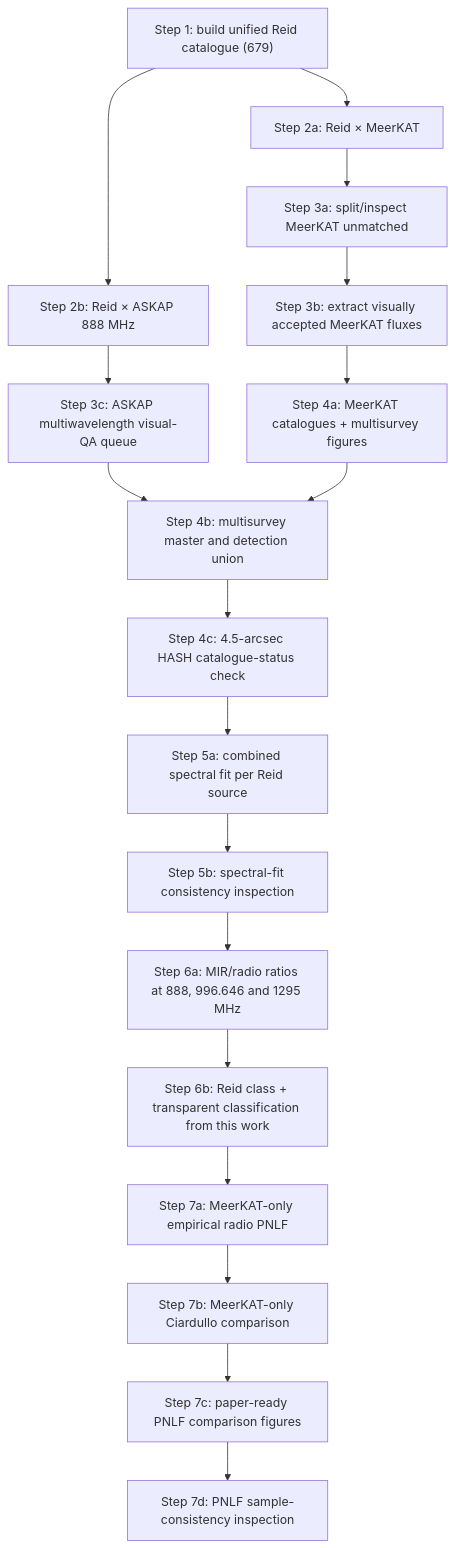
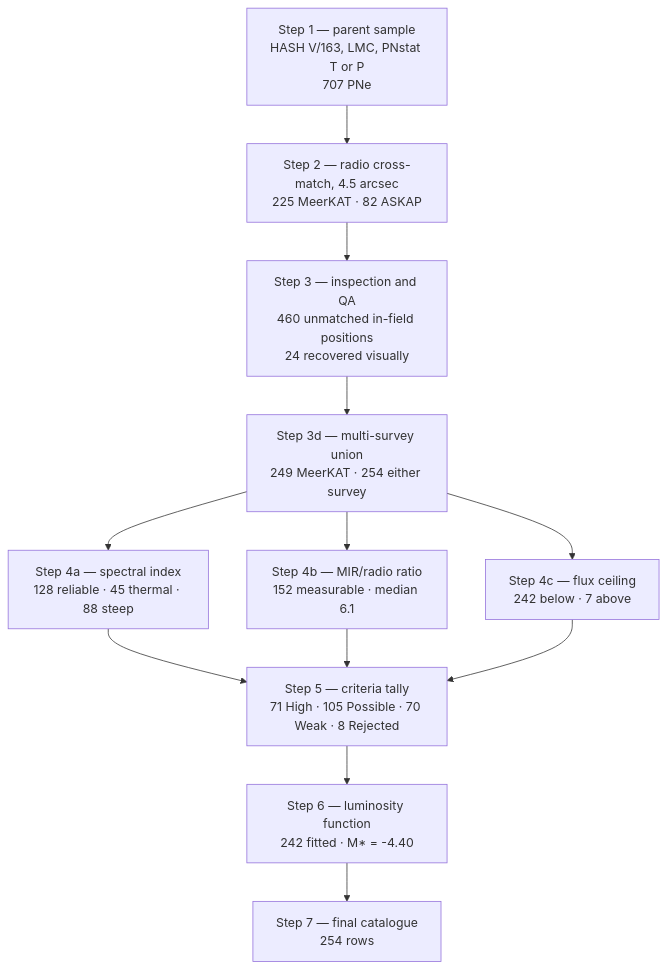
Before and after one commit to AstroKhattab/Radio_PNe_Pipeline_LMC: the diagram in docs/METHOD.md, drawn with Mermaid. The commit also changed other lines of this file and 38 other files, not shown here.

````diff
--- a/docs/METHOD.md
+++ b/docs/METHOD.md
@@ -7,27 +11,18 @@
 ```mermaid
 flowchart TD
-    S1["Step 1: build unified Reid catalogue (679)"]
-    S2A["Step 2a: Reid × MeerKAT"]
-    S2B["Step 2b: Reid × ASKAP 888 MHz"]
-    S3A["Step 3a: split/inspect MeerKAT unmatched"]
-    S3B["Step 3b: extract visually accepted MeerKAT fluxes"]
-    S3C["Step 3c: ASKAP multiwavelength visual-QA queue"]
-    S4A["Step 4a: MeerKAT catalogues + multisurvey figures"]
-    S4B["Step 4b: multisurvey master and detection union"]
-    S4C["Step 4c: 4.5-arcsec HASH catalogue-status check"]
-    S5A["Step 5a: combined spectral fit per Reid source"]
-    S5B["Step 5b: spectral-fit consistency inspection"]
-    S6A["Step 6a: MIR/radio ratios at 888, 996.646 and 1295 MHz"]
-    S6B["Step 6b: Reid class + transparent classification from this work"]
-    S7A["Step 7a: MeerKAT-only empirical radio PNLF"]
-    S7B["Step 7b: MeerKAT-only Ciardullo comparison"]
-    S7C["Step 7c: paper-ready PNLF comparison figures"]
-    S7D["Step 7d: PNLF sample-consistency inspection"]
-
-    S1 --> S2A
-    S1 --> S2B
-    S2A --> S3A --> S3B --> S4A
-    S2B --> S3C --> S4B
-    S4A --> S4B
-    S4B --> S4C --> S5A --> S5B --> S6A --> S6B --> S7A --> S7B --> S7C --> S7D
+    S1["Step 1 — parent sample<br/>HASH V/163, LMC, PNstat T or P<br/>707 PNe"]
+    S2["Step 2 — radio cross-match, 4.5 arcsec<br/>225 MeerKAT · 82 ASKAP"]
+    S3["Step 3 — inspection and QA<br/>460 unmatched in-field positions<br/>24 recovered visually"]
+    S3D["Step 3d — multi-survey union<br/>249 MeerKAT · 254 either survey"]
+    S4A["Step 4a — spectral index<br/>128 reliable · 45 thermal · 88 steep"]
+    S4B["Step 4b — MIR/radio ratio<br/>152 measurable · median 6.1"]
+    S4C["Step 4c — flux ceiling<br/>242 below · 7 above"]
+    S5["Step 5 — criteria tally<br/>71 High · 105 Possible · 70 Weak · 8 Rejected"]
+    S6["Step 6 — luminosity function<br/>242 fitted · M* = -4.40"]
+    S7["Step 7 — final catalogue<br/>254 rows"]
+    S1 --> S2 --> S3 --> S3D
+    S3D --> S4A --> S5
+    S3D --> S4B --> S5
+    S3D --> S4C --> S5
+    S5 --> S6 --> S7
 ```
````
